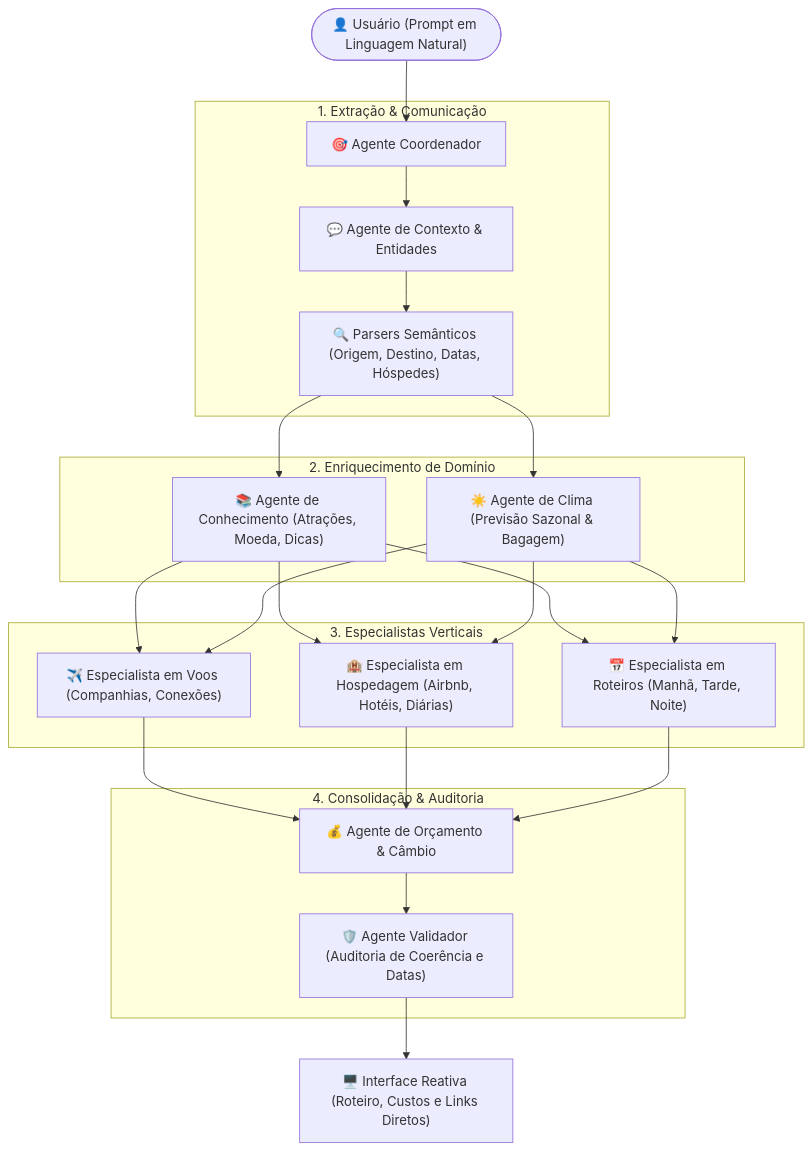
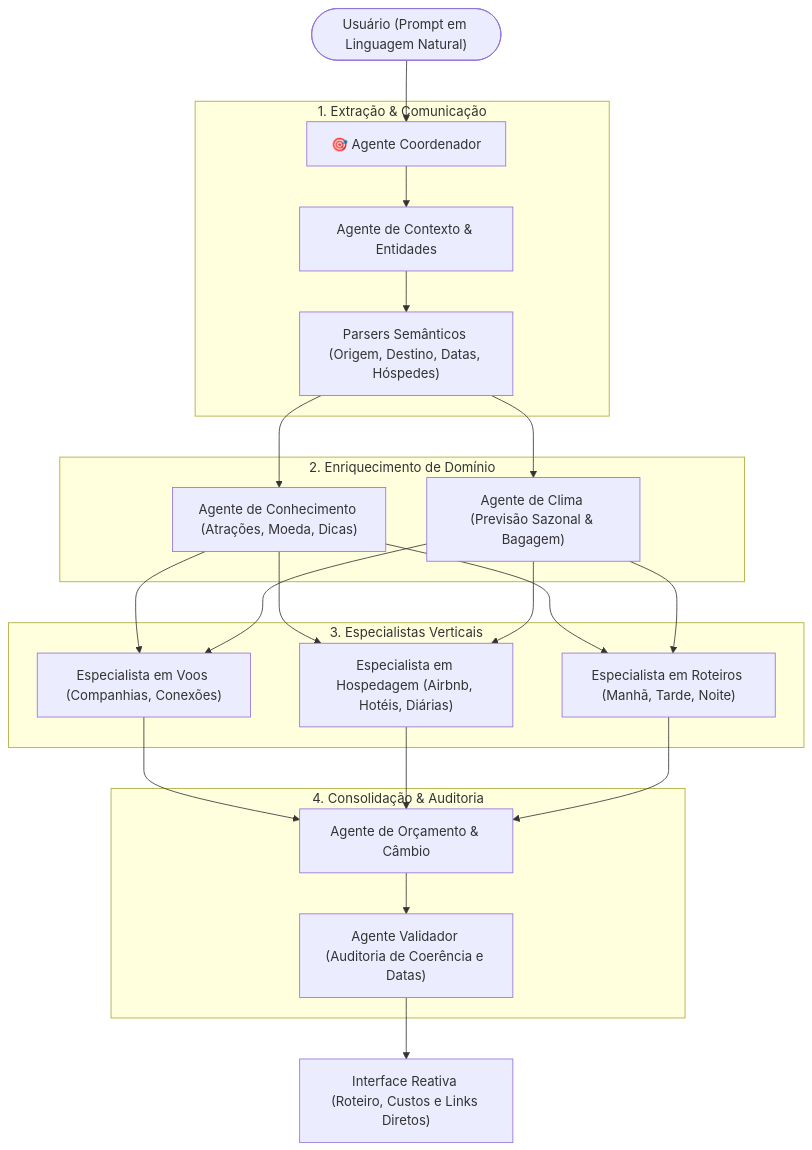
Before and after one commit to caiodantass/Multi-Agent-Travel-System: the diagram in README.md, drawn with Mermaid. The commit also changed other lines of this file, not shown here.

````diff
--- a/README.md
+++ b/README.md
@@ -17,27 +17,27 @@
 ```mermaid
 flowchart TD
-    User(["👤 Usuário (Prompt em Linguagem Natural)"]) --> Coord["🎯 Agente Coordenador"]
+    User([" Usuário (Prompt em Linguagem Natural)"]) --> Coord["🎯 Agente Coordenador"]
 
     subgraph Phase1 ["1. Extração & Comunicação"]
-        Coord --> Context["💬 Agente de Contexto & Entidades"]
-        Context --> Extractor["🔍 Parsers Semânticos (Origem, Destino, Datas, Hóspedes)"]
+        Coord --> Context[" Agente de Contexto & Entidades"]
+        Context --> Extractor[" Parsers Semânticos (Origem, Destino, Datas, Hóspedes)"]
     end
 
     subgraph Phase2 ["2. Enriquecimento de Domínio"]
-        Extractor --> KB["📚 Agente de Conhecimento (Atrações, Moeda, Dicas)"]
-        Extractor --> Weather["☀️ Agente de Clima (Previsão Sazonal & Bagagem)"]
+        Extractor --> KB[" Agente de Conhecimento (Atrações, Moeda, Dicas)"]
+        Extractor --> Weather[" Agente de Clima (Previsão Sazonal & Bagagem)"]
     end
 
     subgraph Phase3 ["3. Especialistas Verticais"]
-        KB & Weather --> Flights["✈️ Especialista em Voos (Companhias, Conexões)"]
-        KB & Weather --> Stays["🏨 Especialista em Hospedagem (Airbnb, Hotéis, Diárias)"]
-        KB & Weather --> Itinerary["📅 Especialista em Roteiros (Manhã, Tarde, Noite)"]
+        KB & Weather --> Flights[" Especialista em Voos (Companhias, Conexões)"]
+        KB & Weather --> Stays[" Especialista em Hospedagem (Airbnb, Hotéis, Diárias)"]
+        KB & Weather --> Itinerary[" Especialista em Roteiros (Manhã, Tarde, Noite)"]
     end
 
     subgraph Phase4 ["4. Consolidação & Auditoria"]
-        Flights & Stays & Itinerary --> Budget["💰 Agente de Orçamento & Câmbio"]
-        Budget --> Validator["🛡️ Agente Validador (Auditoria de Coerência e Datas)"]
+        Flights & Stays & Itinerary --> Budget[" Agente de Orçamento & Câmbio"]
+        Budget --> Validator[" Agente Validador (Auditoria de Coerência e Datas)"]
     end
 
-    Validator --> UI["🖥️ Interface Reativa (Roteiro, Custos e Links Diretos)"]
+    Validator --> UI[" Interface Reativa (Roteiro, Custos e Links Diretos)"]
 ```
````
